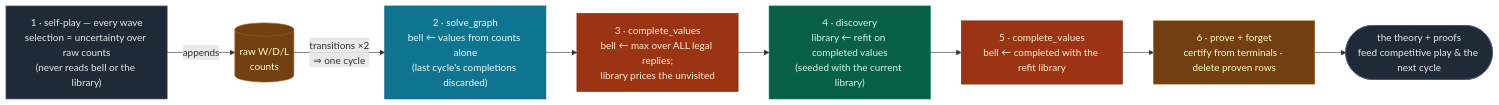
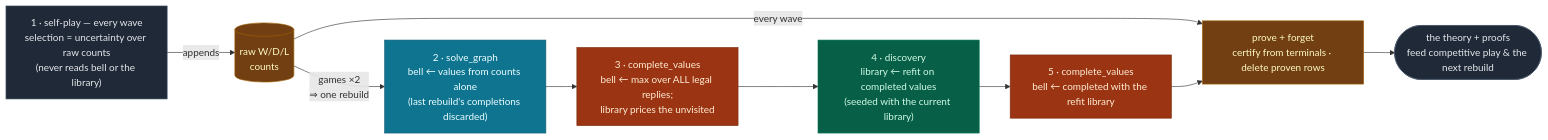
The diagram in docs/value-loop.md (MatheweB/WiseExplorer), drawn with Mermaid before and after one commit. The commit also changed other lines of this file and 2 other files, not shown here.

````diff
--- a/docs/value-loop.md
+++ b/docs/value-loop.md
@@ -98,15 +108,16 @@
 ```mermaid
 flowchart LR
     classDef pl fill:#1f2937,stroke:#475569,color:#e5e7eb
     classDef db fill:#713f12,stroke:#a16207,color:#fef9c3
     classDef ev fill:#0e7490,stroke:#155e75,color:#ecfeff
     classDef co fill:#9a3412,stroke:#7c2d12,color:#ffedd5
     classDef di fill:#065f46,stroke:#047857,color:#d1fae5
     P["1 · self-play — every wave<br/>selection = uncertainty over raw counts<br/>(never reads bell or the library)"]:::pl -->|"appends"| K[("raw W/D/L<br/>counts")]:::db
-    K -->|"transitions ×2<br/>⇒ one cycle"| S["2 · solve_graph<br/>bell ← values from counts alone<br/>(last cycle's completions discarded)"]:::ev
+    K -->|"every wave"| PR["prove + forget<br/>certify from terminals · delete proven rows"]:::db
+    K -->|"games ×2<br/>⇒ one rebuild"| S["2 · solve_graph<br/>bell ← values from counts alone<br/>(last rebuild's completions discarded)"]:::ev
     S --> C1["3 · complete_values<br/>bell ← max over ALL legal replies;<br/>library prices the unvisited"]:::co
     C1 --> D["4 · discovery<br/>library ← refit on completed values<br/>(seeded with the current library)"]:::di
     D --> C2["5 · complete_values<br/>bell ← completed with the refit library"]:::co
-    C2 --> PR["6 · prove + forget<br/>certify from terminals · delete proven rows"]:::db
-    PR --> OUT(["the theory + proofs<br/>feed competitive play & the next cycle"]):::pl
+    C2 --> PR
+    PR --> OUT(["the theory + proofs<br/>feed competitive play & the next rebuild"]):::pl
 ```
````
